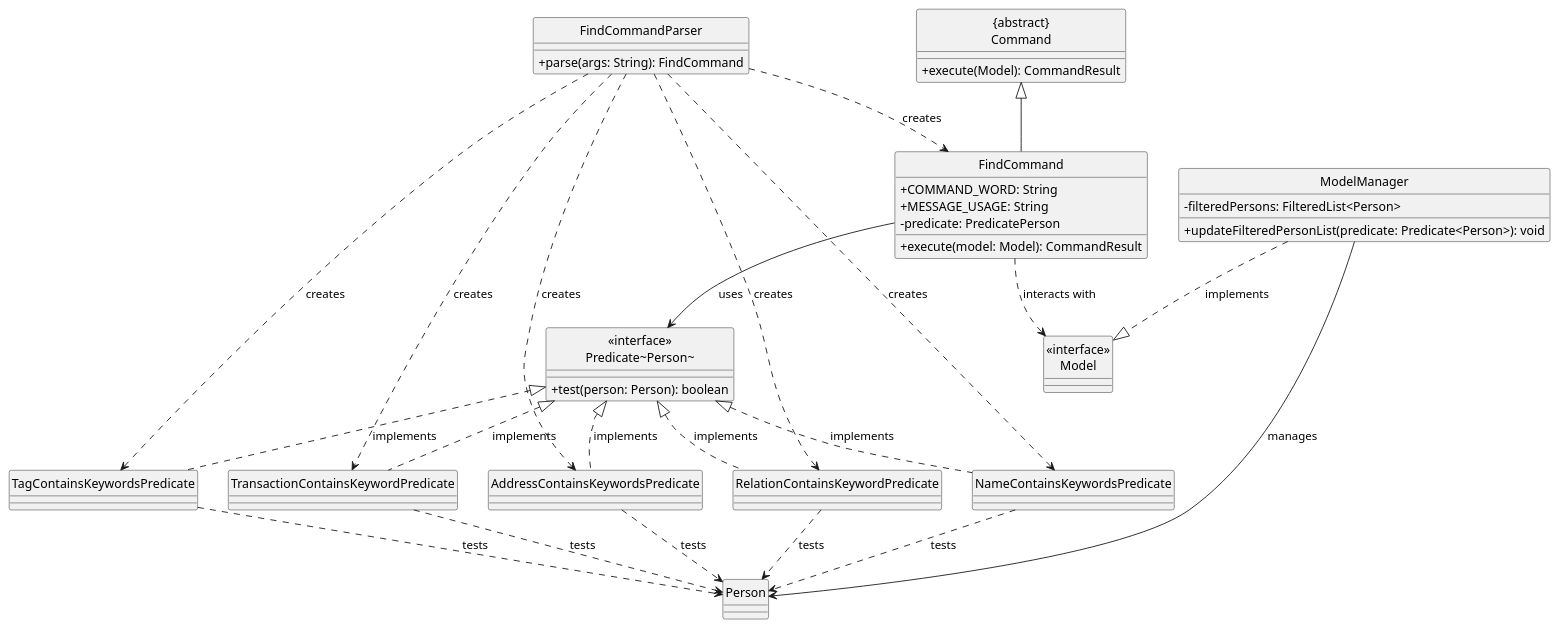
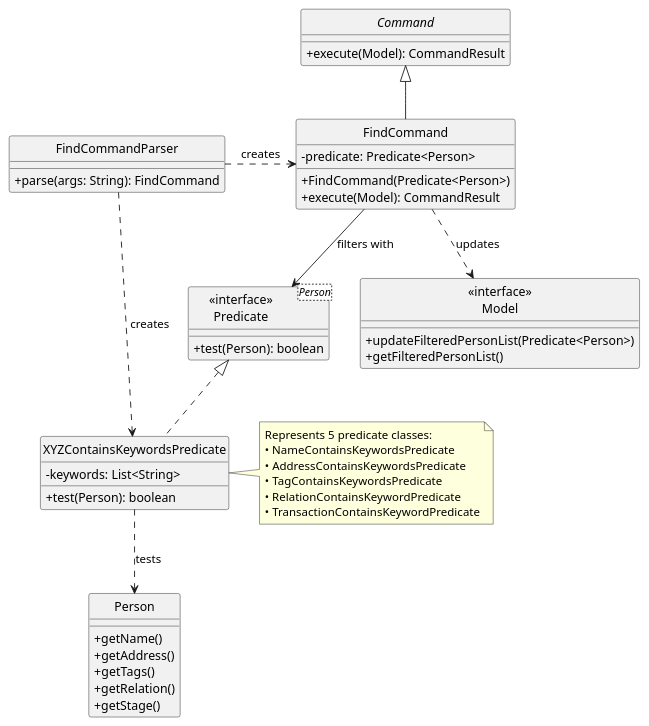
Before and after one commit to Kimberlee97/tp: the diagram in docs/diagrams/find/FindClass.puml, drawn with PlantUML. The commit also changed 1 other file, not shown here.

Commit message:
Add class and sequence diagram for find

```diff
--- a/docs/diagrams/find/FindClass.puml
+++ b/docs/diagrams/find/FindClass.puml
@@ -1,63 +1,61 @@
 @startuml
 hide circle
 skinparam classAttributeIconSize 0
 
-Class "{abstract}\nCommand" as Command {
-  +execute(Model): CommandResult
+abstract class Command {
+    +execute(Model): CommandResult
 }
 
-Class FindCommand {
-  +COMMAND_WORD: String
-  +MESSAGE_USAGE: String
-  -predicate: PredicatePerson
-  +execute(model: Model): CommandResult
+class FindCommand {
+    -predicate: Predicate<Person>
+    +FindCommand(Predicate<Person>)
+    +execute(Model): CommandResult
 }
 
-Class FindCommandParser {
-  +parse(args: String): FindCommand
+class FindCommandParser {
+    +parse(args: String): FindCommand
 }
 
-Class "<<interface>>\nPredicate~Person~" as PredicatePerson {
-  +test(person: Person): boolean
+class "<<interface>>\nPredicate<Person>" as Predicate {
+    +test(Person): boolean
 }
 
-Class Person
-Class "<<interface>>\nModel" as Model
-Class NameContainsKeywordsPredicate
-Class AddressContainsKeywordsPredicate
-Class RelationContainsKeywordPredicate
-Class TagContainsKeywordsPredicate
-Class TransactionContainsKeywordPredicate
-
-Class ModelManager {
-  -filteredPersons: FilteredList<Person>
-  +updateFilteredPersonList(predicate: Predicate<Person>): void
+class "XYZContainsKeywordsPredicate" as XYZPredicate {
+    -keywords: List<String>
+    +test(Person): boolean
 }
 
-ModelManager ..|> Model : implements
-ModelManager --> Person : manages
+note right of XYZPredicate
+  Represents 5 predicate classes:
+  • NameContainsKeywordsPredicate
+  • AddressContainsKeywordsPredicate
+  • TagContainsKeywordsPredicate
+  • RelationContainsKeywordPredicate
+  • TransactionContainsKeywordPredicate
+end note
 
-FindCommand -up-|> Command
-NameContainsKeywordsPredicate ..> Person : tests
-AddressContainsKeywordsPredicate ..> Person : tests
-RelationContainsKeywordPredicate ..> Person : tests
-TagContainsKeywordsPredicate ..> Person : tests
-TransactionContainsKeywordPredicate ..> Person : tests
+class "<<interface>>\nModel" as Model {
+    +updateFilteredPersonList(Predicate<Person>)
+    +getFilteredPersonList()
+}
 
-PredicatePerson <|.. NameContainsKeywordsPredicate : implements
-PredicatePerson <|.. AddressContainsKeywordsPredicate : implements
-PredicatePerson <|.. TagContainsKeywordsPredicate : implements
-PredicatePerson <|.. RelationContainsKeywordPredicate : implements
-PredicatePerson <|.. TransactionContainsKeywordPredicate : implements
+class Person {
+    +getName()
+    +getAddress()
+    +getTags()
+    +getRelation()
+    +getStage()
+}
 
-FindCommandParser ..> FindCommand : creates
-FindCommandParser ..> NameContainsKeywordsPredicate : creates
-FindCommandParser ..> AddressContainsKeywordsPredicate : creates
-FindCommandParser ..> TagContainsKeywordsPredicate : creates
-FindCommandParser ..> RelationContainsKeywordPredicate : creates
-FindCommandParser ..> TransactionContainsKeywordPredicate : creates
+Command <|-- FindCommand
+Predicate <|.. XYZPredicate
 
-FindCommand --> PredicatePerson : uses
-FindCommand ..> Model : interacts with
+FindCommandParser .> FindCommand : creates
+FindCommandParser .> XYZPredicate : creates
+
+FindCommand --> Predicate : filters with
+FindCommand ..> Model : updates
+
+XYZPredicate ..> Person : tests
 
 @enduml
```
